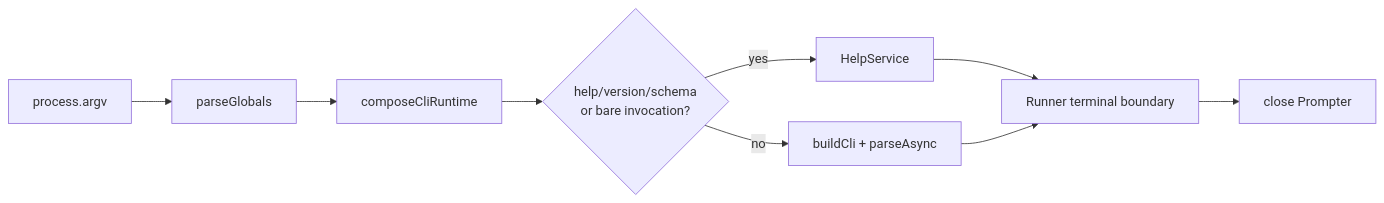
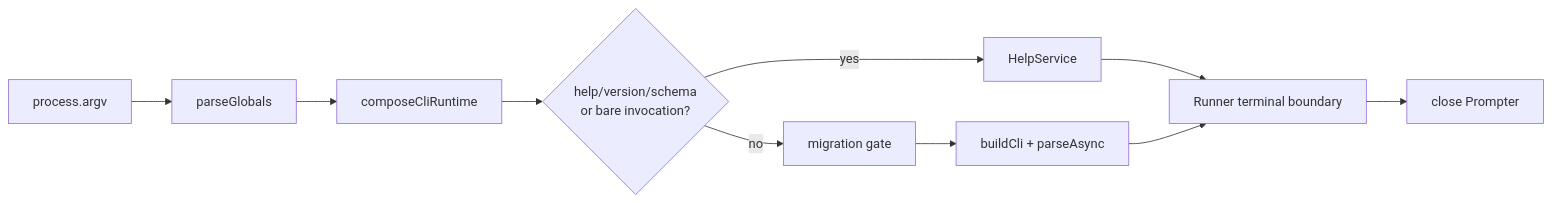
One commit to tronprotocol/wallet-cli changed the fourth of 12 diagrams in ts/docs/typescript-wallet-cli-architecture-source-of-truth.md. Above: the diagram before and after it, drawn with Mermaid. The commit also changed other lines of this file and 170 other files, not shown here.

````diff
--- a/ts/docs/typescript-wallet-cli-architecture-source-of-truth.md
+++ b/ts/docs/typescript-wallet-cli-architecture-source-of-truth.md
@@ -233,11 +233,12 @@
 ```mermaid
 flowchart LR
     ARGV[process.argv] --> PRE[parseGlobals]
     PRE --> COMPOSE[composeCliRuntime]
     COMPOSE --> META{help/version/schema<br/>or bare invocation?}
     META -->|yes| HELP[HelpService]
-    META -->|no| SHELL[buildCli + parseAsync]
+    META -->|no| GATE[migration gate]
+    GATE --> SHELL[buildCli + parseAsync]
     HELP --> FUNNEL[Runner terminal boundary]
     SHELL --> FUNNEL
     FUNNEL --> CLOSE[close Prompter]
 ```
````
